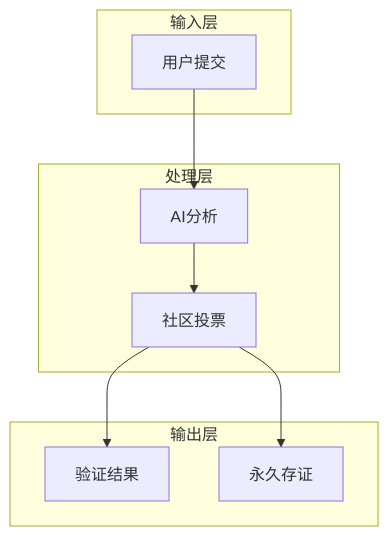
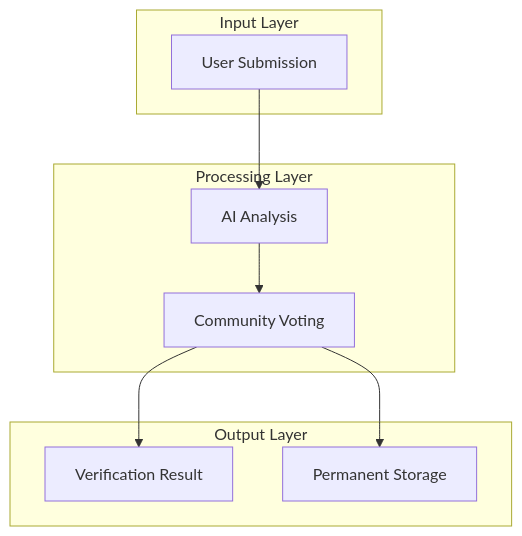
The third of 11 diagrams in docs/lightpaper.md (truthvalidator/TruthValidatorAgent), drawn with Mermaid before and after one commit. The commit also changed other lines of this file and 1 other file, not shown here.

````diff
--- a/docs/lightpaper.md
+++ b/docs/lightpaper.md
@@ -50,19 +50,19 @@
 ```mermaid
 flowchart TB
-    subgraph 输入层
-    A[用户提交]
+    subgraph Input Layer
+    A[User Submission]
     end
 
-    subgraph 处理层
-    B[AI分析]
-    C[社区投票]
+    subgraph Processing Layer
+    B[AI Analysis]
+    C[Community Voting]
     end
 
-    subgraph 输出层
-    D[验证结果]
-    E[永久存证]
+    subgraph Output Layer
+    D[Verification Result]
+    E[Permanent Storage]
     end
 
     A --> B --> C --> D
     C --> E
 ```
````
